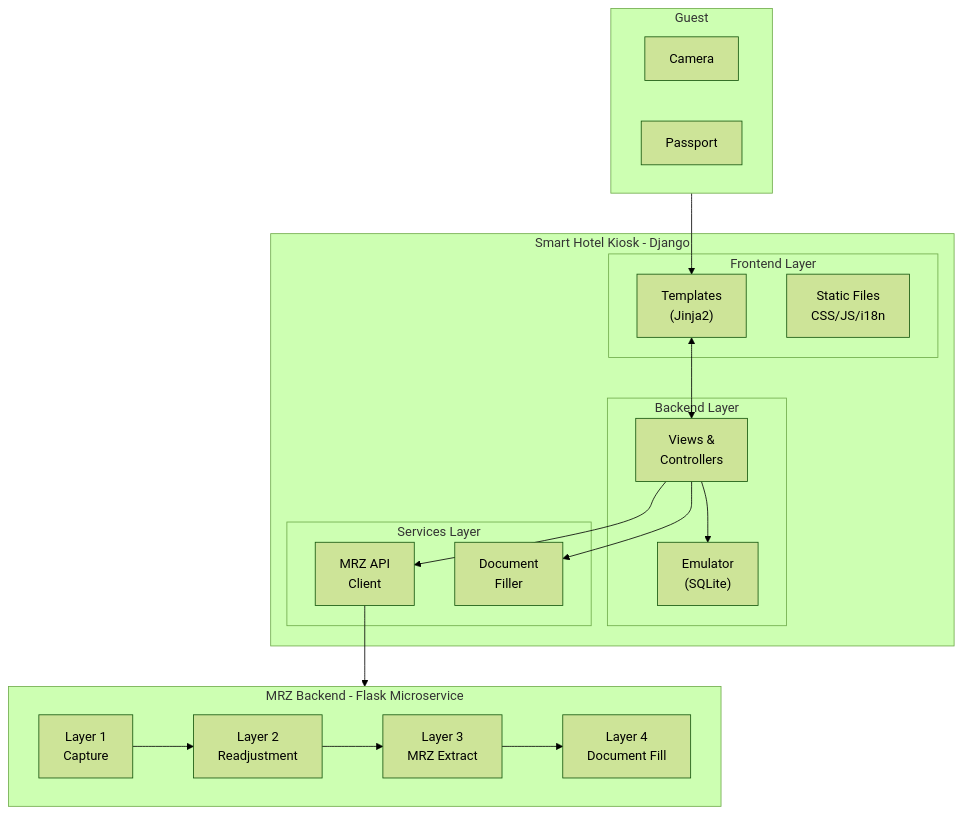
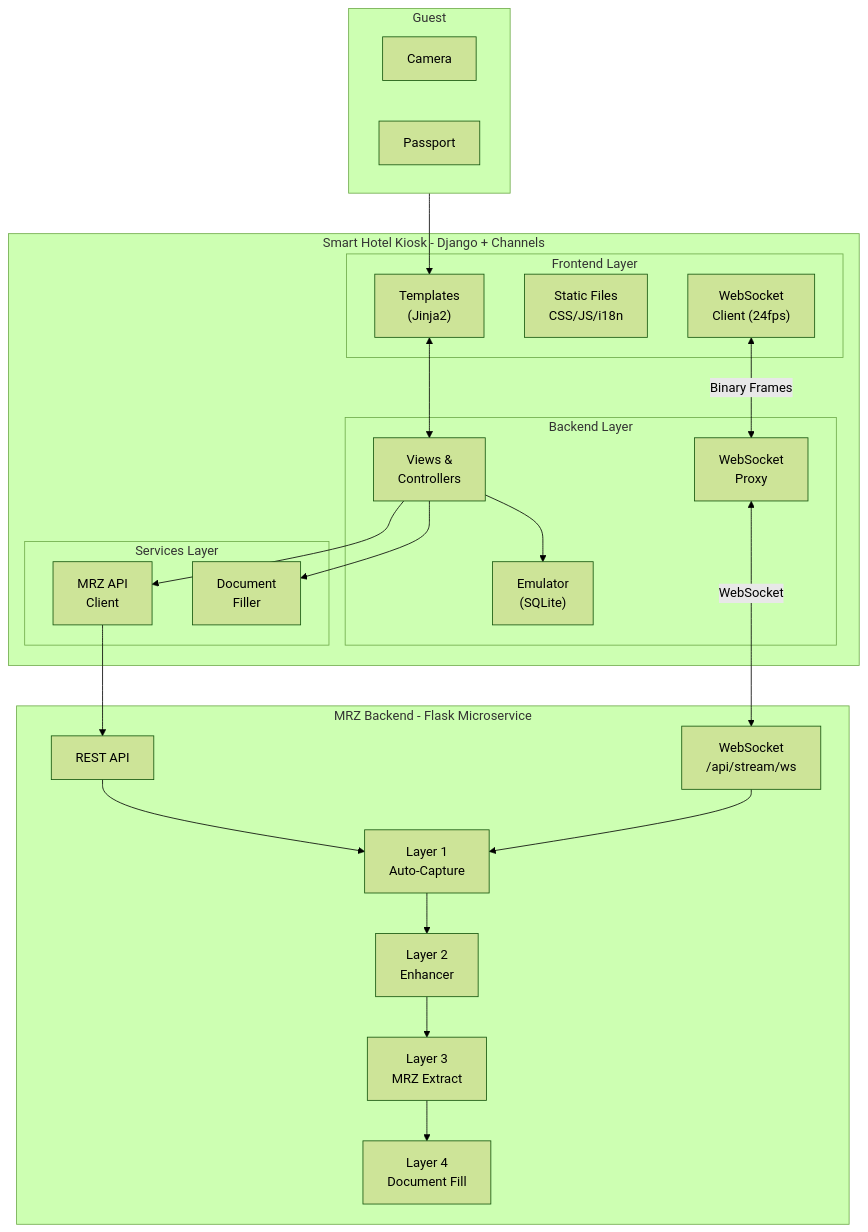
The first of 3 diagrams in kiosk/README.md (omarmx9/smart-hotel), drawn with Mermaid (forest theme) before and after one commit. The commit also changed other lines of this file and 22 other files, not shown here.

````diff
--- a/kiosk/README.md
+++ b/kiosk/README.md
@@ -68,42 +68,51 @@
 ```mermaid
 flowchart TB
-    subgraph KIOSK["Smart Hotel Kiosk - Django"]
+    subgraph KIOSK["Smart Hotel Kiosk - Django + Channels"]
         subgraph FRONTEND["Frontend Layer"]
             TEMPLATES["Templates<br/>(Jinja2)"]
             STATIC["Static Files<br/>CSS/JS/i18n"]
+            WSJS["WebSocket<br/>Client (24fps)"]
         end
         
         subgraph BACKEND["Backend Layer"]
             VIEWS["Views &<br/>Controllers"]
             EMULATOR["Emulator<br/>(SQLite)"]
+            WSPROXY["WebSocket<br/>Proxy"]
         end
         
         subgraph SERVICES["Services Layer"]
             MRZ_CLIENT["MRZ API<br/>Client"]
             DOC_FILLER["Document<br/>Filler"]
         end
     end
     
     subgraph MRZ_BACKEND["MRZ Backend - Flask Microservice"]
-        CAPTURE["Layer 1<br/>Capture"]
-        READJUST["Layer 2<br/>Readjustment"]
+        WSOCK["WebSocket<br/>/api/stream/ws"]
+        REST["REST API"]
+        
+        CAPTURE["Layer 1<br/>Auto-Capture"]
+        READJUST["Layer 2<br/>Enhancer"]
         EXTRACT["Layer 3<br/>MRZ Extract"]
         FILL["Layer 4<br/>Document Fill"]
         
+        WSOCK --> CAPTURE
+        REST --> CAPTURE
         CAPTURE --> READJUST
         READJUST --> EXTRACT
         EXTRACT --> FILL
     end
     
     subgraph GUEST["Guest"]
         CAMERA["Camera"]
         PASSPORT["Passport"]
     end
 
     GUEST --> TEMPLATES
     TEMPLATES <--> VIEWS
+    WSJS <-->|Binary Frames| WSPROXY
+    WSPROXY <-->|WebSocket| WSOCK
     VIEWS --> EMULATOR
     VIEWS --> MRZ_CLIENT
-    MRZ_CLIENT --> MRZ_BACKEND
+    MRZ_CLIENT --> REST
     VIEWS --> DOC_FILLER
 ```
````
